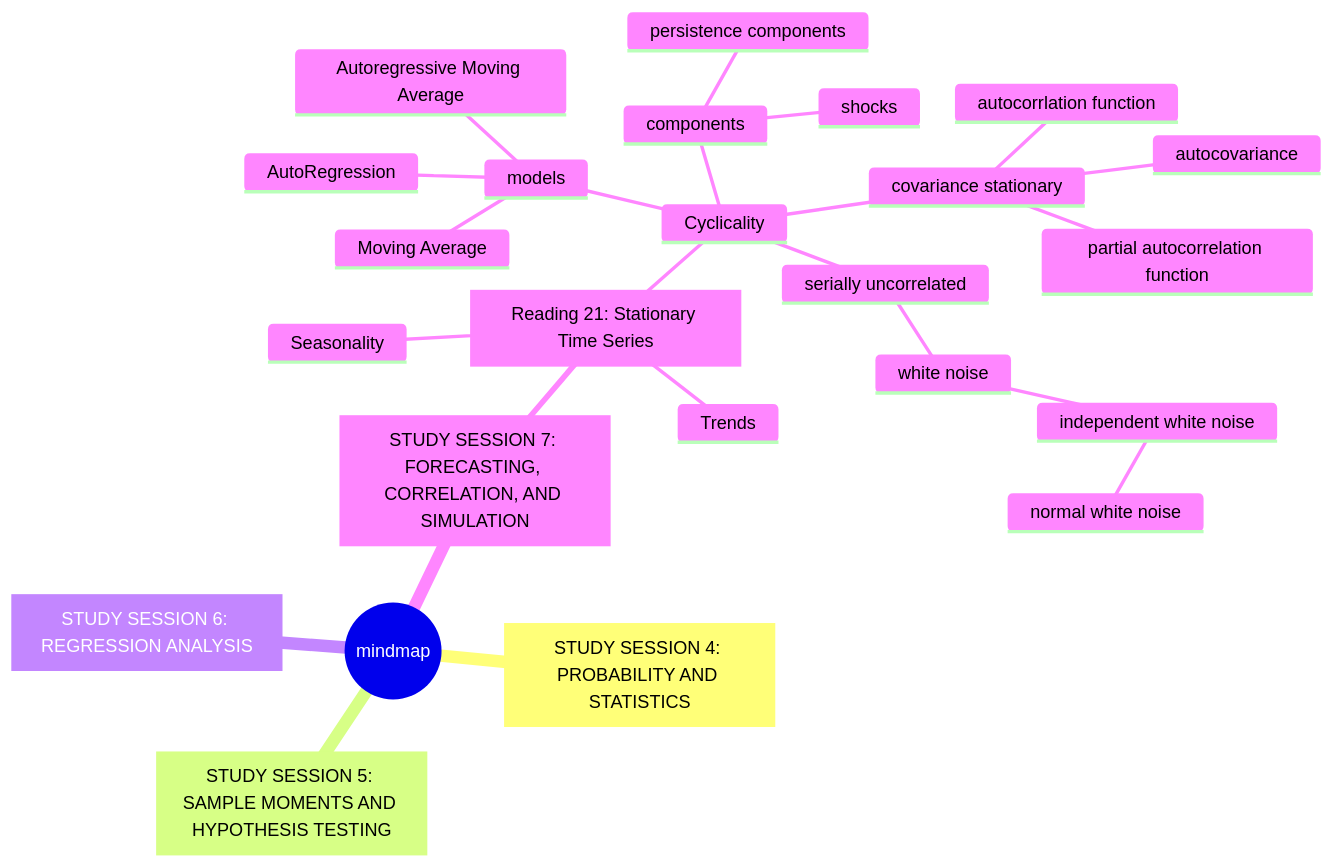
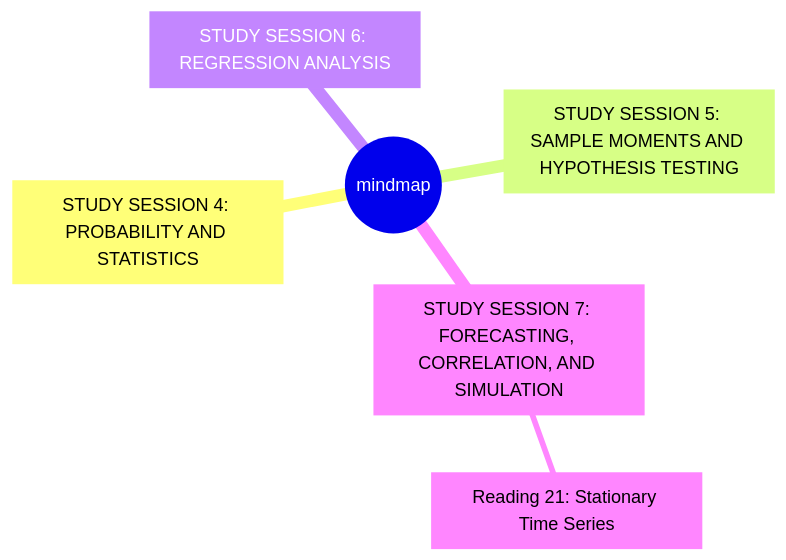
Before and after one commit to damonYuan/gitbook: the second of 5 diagrams in finance/frm.md, drawn with Mermaid. The commit also changed other lines of this file, not shown here.

````diff
--- a/finance/frm.md
+++ b/finance/frm.md
@@ -17,27 +17,9 @@
 ```mermaid
 mindmap
   root((mindmap))
     id_r4["`STUDY SESSION 4: PROBABILITY AND STATISTICS`"]
     id_r5["`STUDY SESSION 5: SAMPLE MOMENTS AND HYPOTHESIS TESTING`"]
     id_r6["`STUDY SESSION 6: REGRESSION ANALYSIS`"]
     id_r7["`STUDY SESSION 7: FORECASTING, CORRELATION, AND SIMULATION`"]
       id_21["`Reading 21: Stationary Time Series`"]
-        Trends
-        Seasonality
-        Cyclicality
-          models
-            AutoRegression
-            Moving Average
-            Autoregressive Moving Average
-          components
-            shocks
-            persistence components
-          covariance stationary
-            autocovariance
-            autocorrlation function
-            partial autocorrelation function
-          serially uncorrelated
-            white noise
-              independent white noise
-                normal white noise
 ```
````
